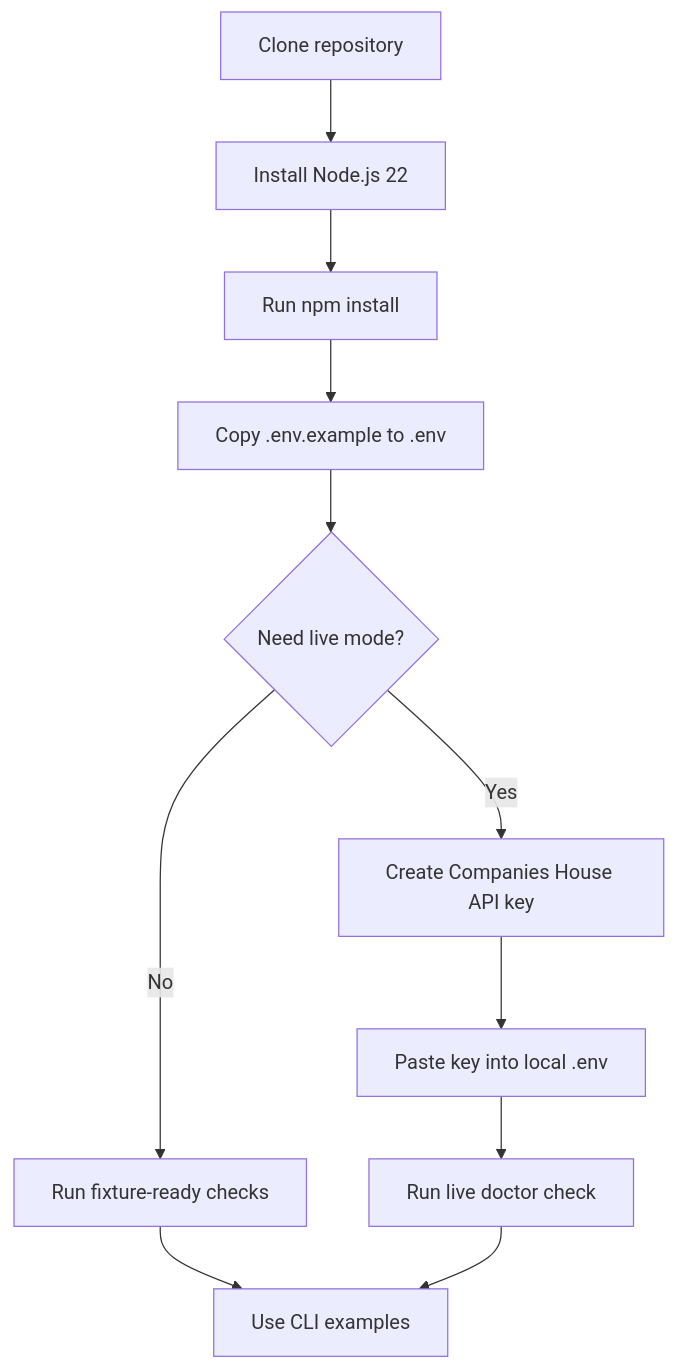
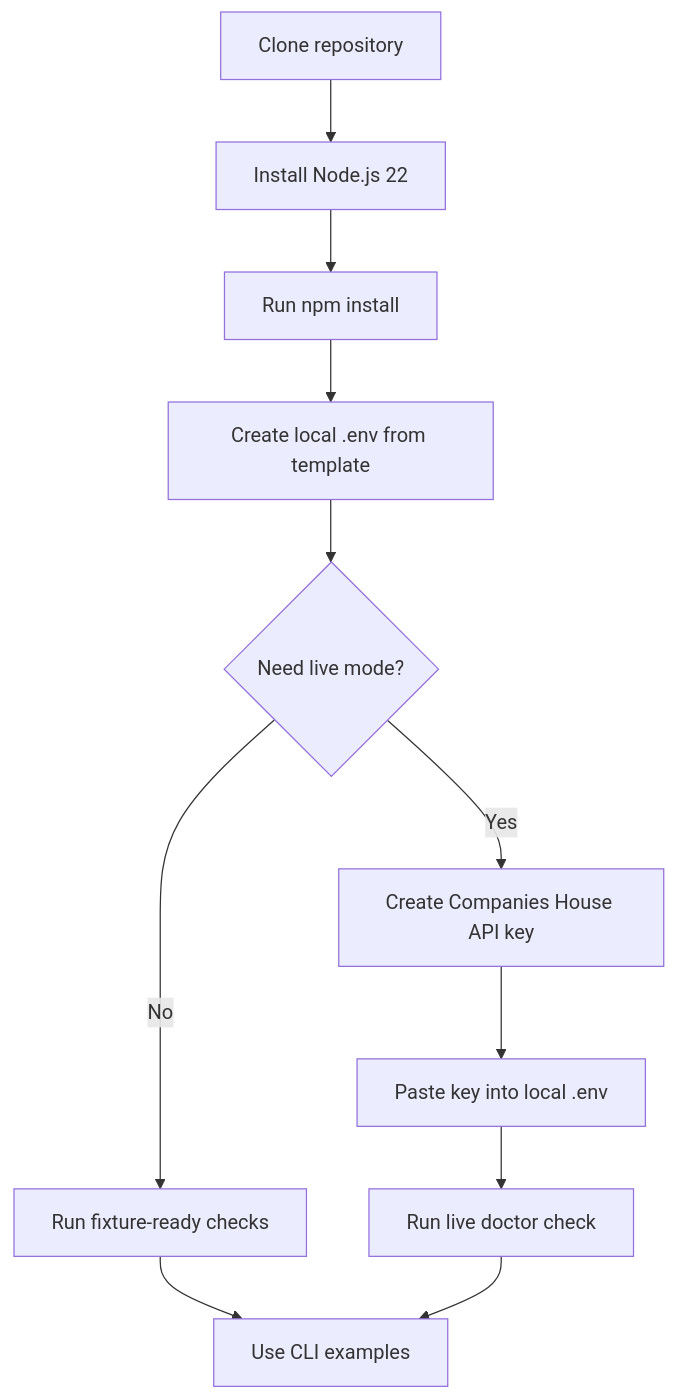
The first of 3 diagrams in README.md (Paritoshdagar/uk-company-dossier), drawn with Mermaid before and after one commit. The commit also changed other lines of this file and 24 other files, not shown here.

````diff
--- a/README.md
+++ b/README.md
@@ -29,14 +29,14 @@
 ```mermaid
 %% setup-flow
 flowchart TD
   A["Clone repository"] --> B["Install Node.js 22"]
   B --> C["Run npm install"]
-  C --> D["Copy .env.example to .env"]
+  C --> D["Create local .env from template"]
   D --> E{"Need live mode?"}
   E -- "No" --> F["Run fixture-ready checks"]
   E -- "Yes" --> G["Create Companies House API key"]
   G --> H["Paste key into local .env"]
   H --> I["Run live doctor check"]
   F --> J["Use CLI examples"]
   I --> J
 ```
````
